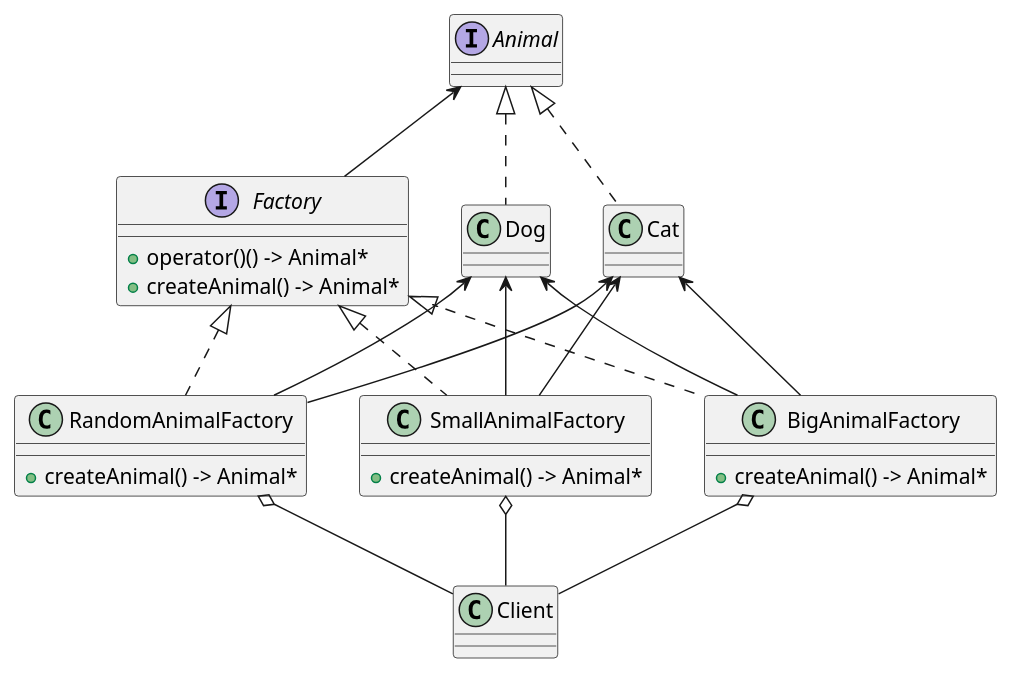
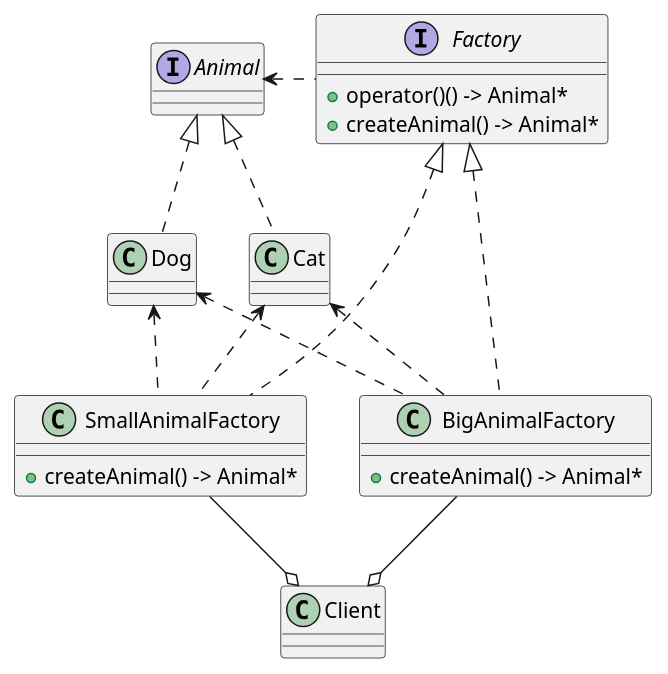
One commit to JurajX/Notes changed the diagram in DesignPatterns/Factory/theory.puml. Above: the diagram before and after it, drawn with PlantUML. The commit also changed 7 other files, not shown here.

```diff
--- a/DesignPatterns/Factory/theory.puml
+++ b/DesignPatterns/Factory/theory.puml
@@ -1,49 +1,38 @@
 @startuml
 ' ----------------- Factory Design Pattern
 
 interface Animal { }
 class Dog { }
 class Cat { }
 
 Animal <|.. Dog
 Animal <|.. Cat
 
 interface Factory
 {
     + operator()() -> Animal*
     + createAnimal() -> Animal*
 }
 
-class RandomAnimalFactory
-{
-    + createAnimal() -> Animal*
-}
-
 class SmallAnimalFactory
 {
     + createAnimal() -> Animal*
 }
 
 class BigAnimalFactory
 {
     + createAnimal() -> Animal*
 }
 
-Animal <- Factory
-Dog <-- RandomAnimalFactory
-Cat <-- RandomAnimalFactory
-Dog <-- SmallAnimalFactory
-Cat <-- SmallAnimalFactory
-Dog <-- BigAnimalFactory
-Cat <-- BigAnimalFactory
-Factory <|.. RandomAnimalFactory
-Factory <|.. SmallAnimalFactory
-Factory <|.. BigAnimalFactory
+Animal <. Factory
+Dog <.. SmallAnimalFactory
+Cat <.. SmallAnimalFactory
+Dog <.. BigAnimalFactory
+Cat <.. BigAnimalFactory
+Factory <|... SmallAnimalFactory
+Factory <|... BigAnimalFactory
 
-class Client { }
-
-RandomAnimalFactory o-- Client
-SmallAnimalFactory o-- Client
-BigAnimalFactory o-- Client
+SmallAnimalFactory --o Client
+BigAnimalFactory --o Client
 
 @enduml
```
